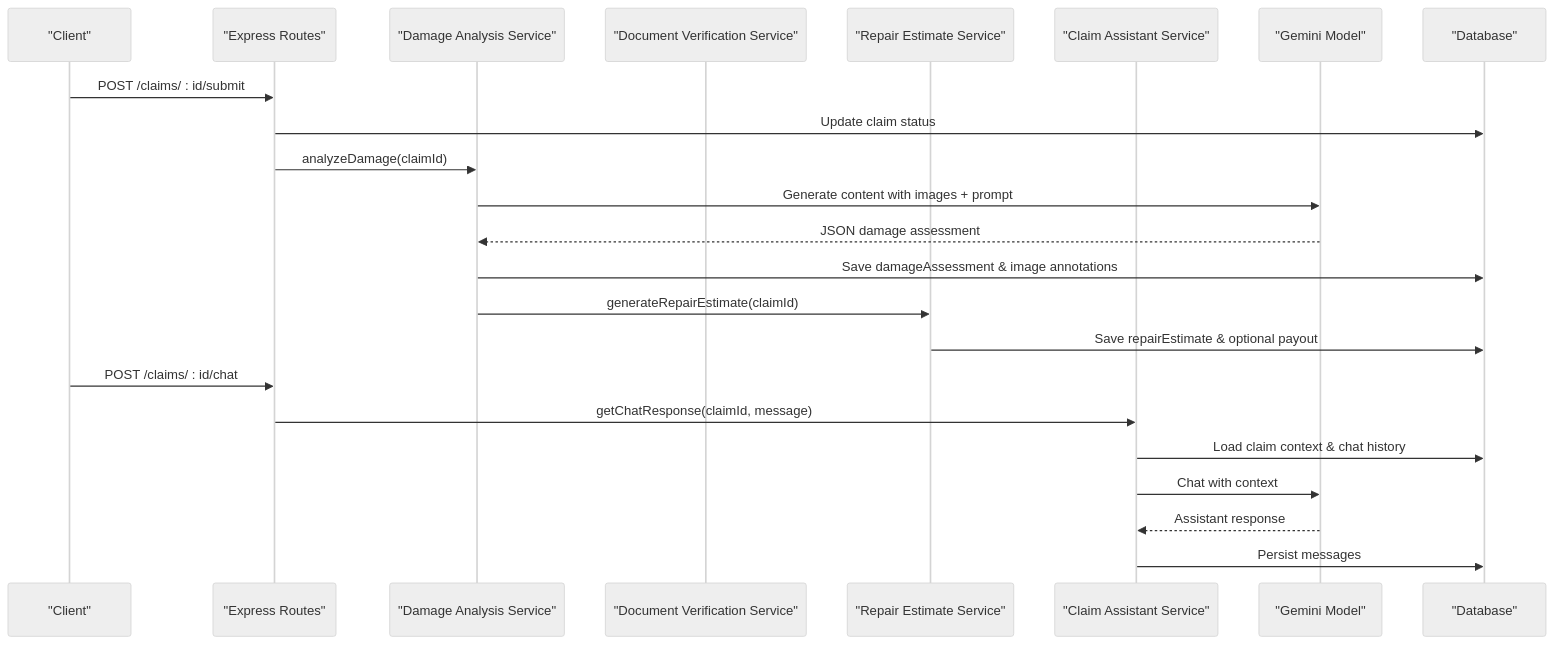
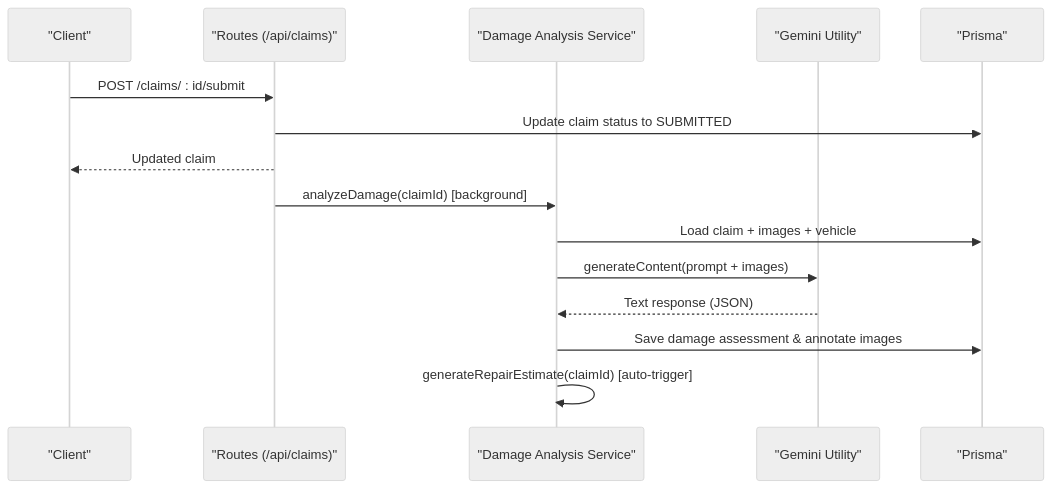
The second of 10 diagrams in .qoder/repowiki/en/content/AI Services Integration/AI Services Integration.md (NaveenHiranya/Smart-Vehicle-Insurance-Claim-System), drawn with Mermaid (neutral theme) before and after one commit. The commit also changed other lines of this file and 183 other files, not shown here.

````diff
--- a/.qoder/repowiki/en/content/AI Services Integration/AI Services Integration.md
+++ b/.qoder/repowiki/en/content/AI Services Integration/AI Services Integration.md
@@ -99,25 +85,17 @@
 ```mermaid
 sequenceDiagram
-participant Client as "Client"
-participant API as "Express Routes"
-participant DAS as "Damage Analysis Service"
-participant DVS as "Document Verification Service"
-participant RES as "Repair Estimate Service"
-participant CAS as "Claim Assistant Service"
-participant GEM as "Gemini Model"
-participant DB as "Database"
-Client->>API : POST /claims/ : id/submit
-API->>DB : Update claim status
-API->>DAS : analyzeDamage(claimId)
-DAS->>GEM : Generate content with images + prompt
-GEM-->>DAS : JSON damage assessment
-DAS->>DB : Save damageAssessment & image annotations
-DAS->>RES : generateRepairEstimate(claimId)
-RES->>DB : Save repairEstimate & optional payout
-Client->>API : POST /claims/ : id/chat
-API->>CAS : getChatResponse(claimId, message)
-CAS->>DB : Load claim context & chat history
-CAS->>GEM : Chat with context
-GEM-->>CAS : Assistant response
-CAS->>DB : Persist messages
+participant C as "Client"
+participant R as "Routes (/api/claims)"
+participant D as "Damage Analysis Service"
+participant G as "Gemini Utility"
+participant P as "Prisma"
+C->>R : POST /claims/ : id/submit
+R->>P : Update claim status to SUBMITTED
+R-->>C : Updated claim
+R->>D : analyzeDamage(claimId) [background]
+D->>P : Load claim + images + vehicle
+D->>G : generateContent(prompt + images)
+G-->>D : Text response (JSON)
+D->>P : Save damage assessment & annotate images
+D->>D : generateRepairEstimate(claimId) [auto-trigger]
 ```
````
